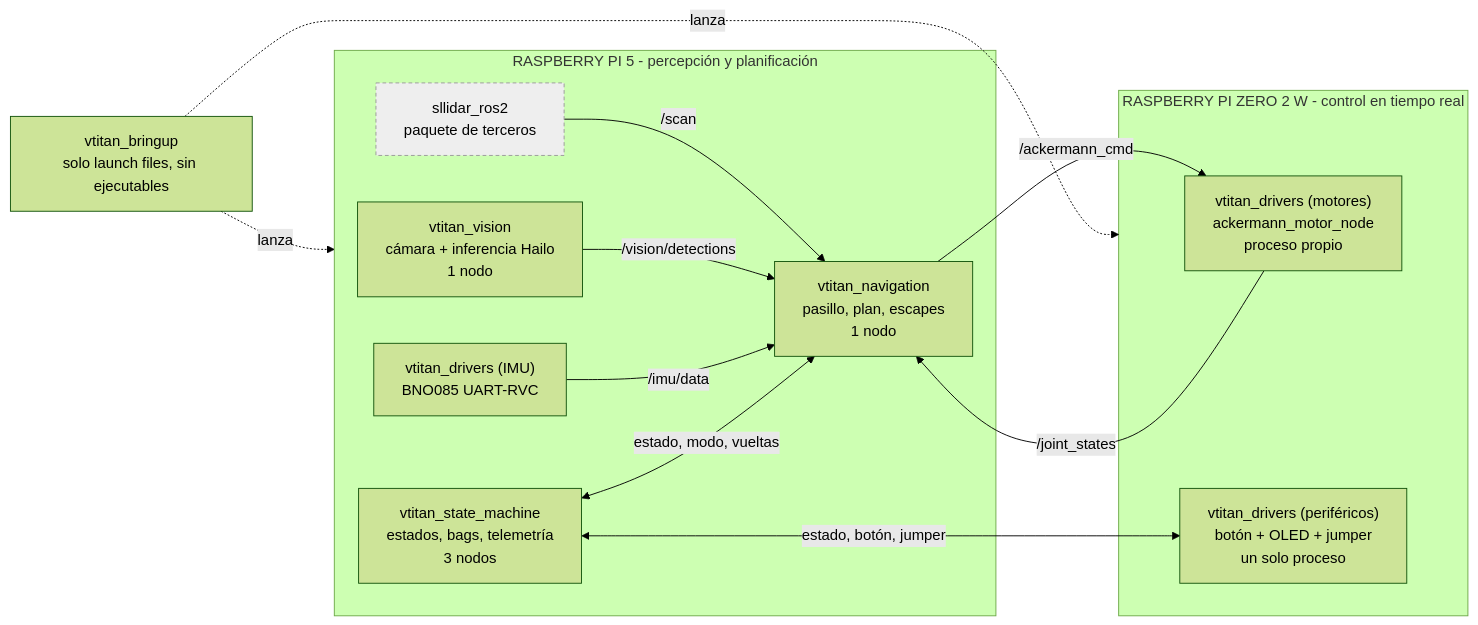
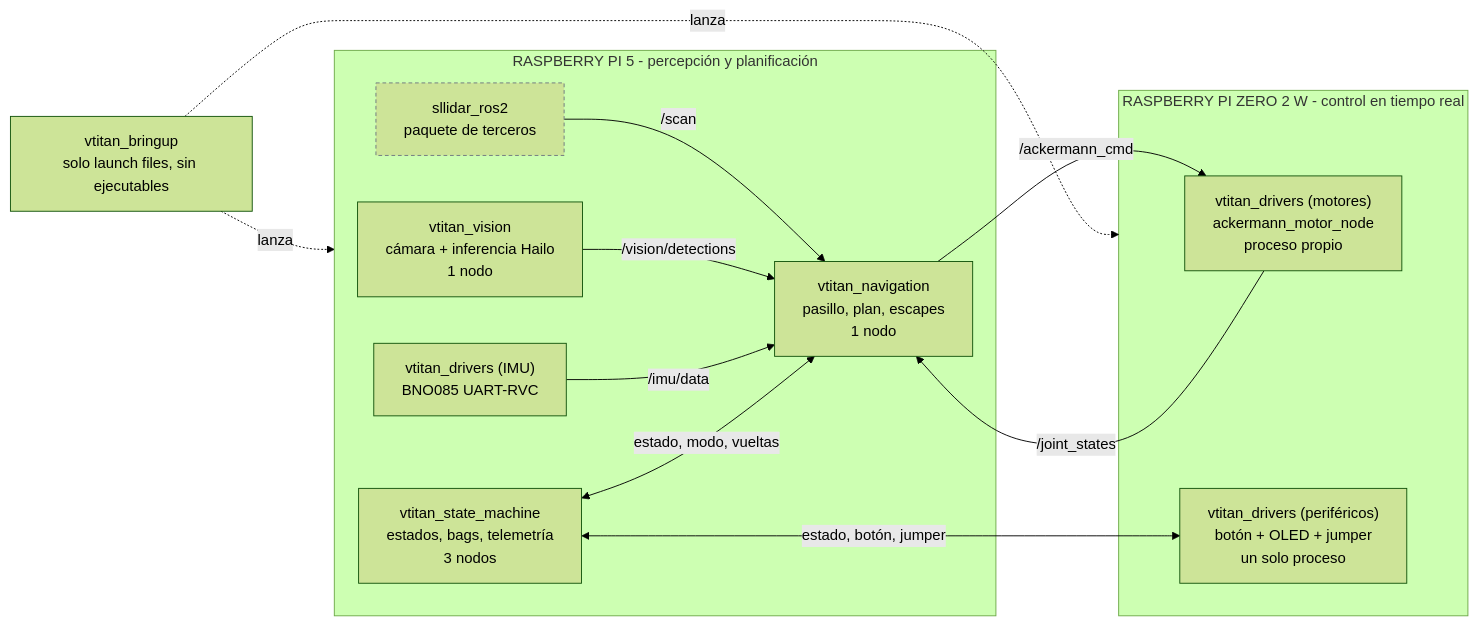
One commit to teamvoltimor/vtitan changed the diagram in schemes/flowcharts/common/mermaid/paquetes-ros2.mmd. Above: the diagram before and after it, drawn with Mermaid (forest theme). The commit also changed 73 other files, not shown here.

First line of the commit message:
docs(repo): theme-adaptive mermaid fills, WebP-only blueprints, klevor rename

```diff
--- a/schemes/flowcharts/common/mermaid/paquetes-ros2.mmd
+++ b/schemes/flowcharts/common/mermaid/paquetes-ros2.mmd
@@ -1,43 +1,43 @@
 %% Referencias (no se renderizan, solo para mantenimiento futuro)
 %% Vista GRUESA. El detalle nodo a nodo esta en common/mermaid/nodos-ros2.mmd
 %% Paquetes: src/python/ros2_ws/src/<paquete>/setup.py (console_scripts)
 %% Reparto por placa: vtitan_bringup/launch/rpi5_nodes.launch.py y rpi_zero_nodes.launch.py
 %% Prosa: README.md, "Arquitectura ROS2 y reparto entre dos computadores"
 %% Energia y sensores fisicos: common/mermaid/subsistemas.mmd
 %% vtitan_bringup NO tiene ejecutables: solo launch files, por eso se dibuja
 %% como una caja que arranca a las otras y no como un participante DDS.
 %% DELIBERADAMENTE FUERA: el backend de telemetria en Go (vtitan-backend.
 %% service) y su panel. No corre en el lazo de carrera y en competencia el
 %% robot no tiene red, asi que dibujarlo sugeriria una dependencia que no
 %% existe. Su estado y su politica de migracion los explica el README.
 
 flowchart LR
     subgraph PI5["RASPBERRY PI 5 - percepción y planificación"]
         VIS["vtitan_vision<br/>cámara + inferencia Hailo<br/>1 nodo"]
         NAV["vtitan_navigation<br/>pasillo, plan, escapes<br/>1 nodo"]
         SM["vtitan_state_machine<br/>estados, bags, telemetría<br/>3 nodos"]
         IMUP["vtitan_drivers (IMU)<br/>BNO085 UART-RVC"]
         LID["sllidar_ros2<br/>paquete de terceros"]
     end
 
     subgraph ZERO["RASPBERRY PI ZERO 2 W - control en tiempo real"]
         MOT["vtitan_drivers (motores)<br/>ackermann_motor_node<br/>proceso propio"]
         PER["vtitan_drivers (periféricos)<br/>botón + OLED + jumper<br/>un solo proceso"]
     end
 
     BRING["vtitan_bringup<br/>solo launch files, sin ejecutables"]
 
     BRING -.->|lanza| PI5
     BRING -.->|lanza| ZERO
 
     LID -->|"/scan"| NAV
     VIS -->|"/vision/detections"| NAV
     IMUP -->|"/imu/data"| NAV
     MOT -->|"/joint_states"| NAV
     NAV -->|"/ackermann_cmd"| MOT
 
     SM <-->|"estado, modo, vueltas"| NAV
     SM <-->|"estado, botón, jumper"| PER
 
-    classDef externo fill:#eee,stroke:#999,stroke-dasharray: 4 3
+    classDef externo stroke:#6e7781,stroke-dasharray: 4 3
     class LID externo
```
